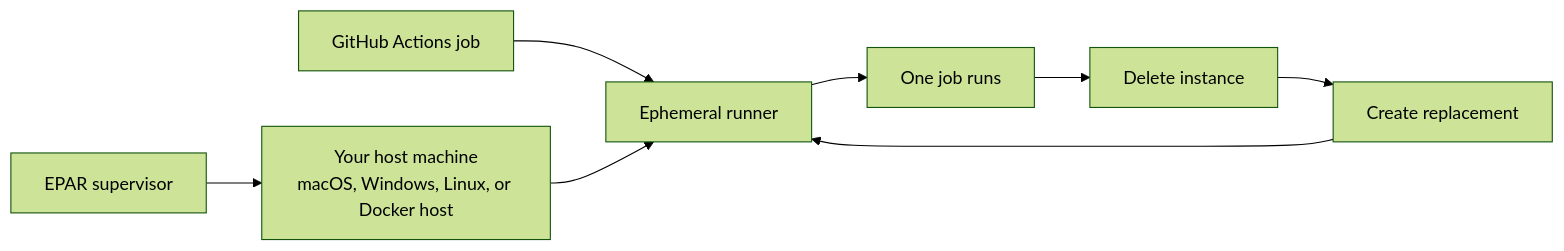
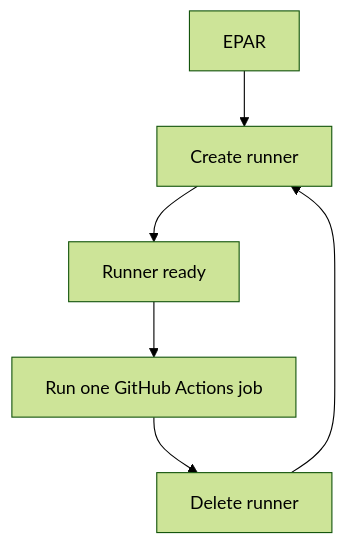
The diagram in README.md (solutionforest/ephemeral-action-runner), drawn with Mermaid (forest theme) before and after one commit. The commit also changed other lines of this file and 35 other files, not shown here.

````diff
--- a/README.md
+++ b/README.md
@@ -9,10 +9,8 @@
 ```mermaid
-flowchart LR
-  Workflow["GitHub Actions job"] --> Runner["Ephemeral runner"]
-  EPAR["EPAR supervisor"] --> Provider["Your host machine<br/>macOS, Windows, Linux, or Docker host"]
-  Provider --> Runner
-  Runner --> Job["One job runs"]
-  Job --> Delete["Delete instance"]
-  Delete --> Replace["Create replacement"]
-  Replace --> Runner
+flowchart TB
+  EPAR["EPAR"] --> Create["Create runner"]
+  Create --> Ready["Runner ready"]
+  Ready --> Job["Run one GitHub Actions job"]
+  Job --> Delete["Delete runner"]
+  Delete --> Create
 ```
````
